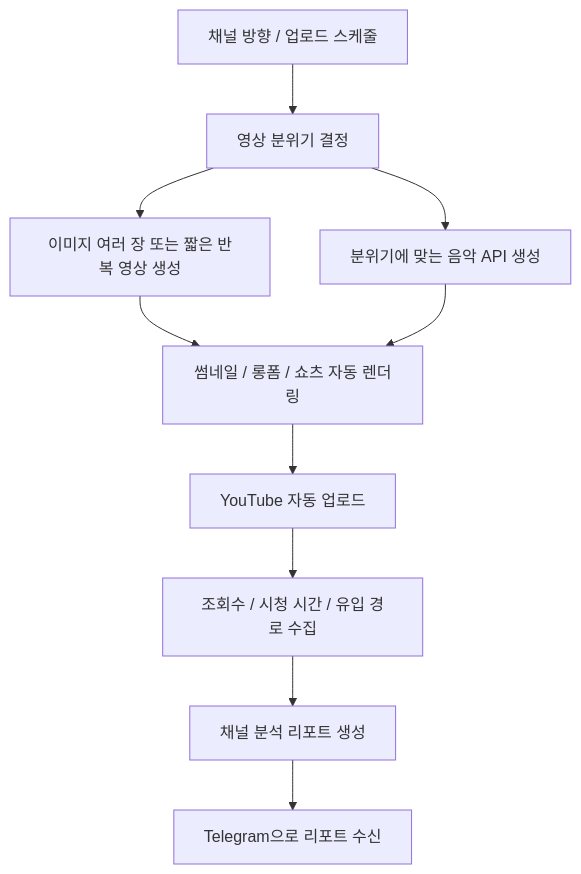
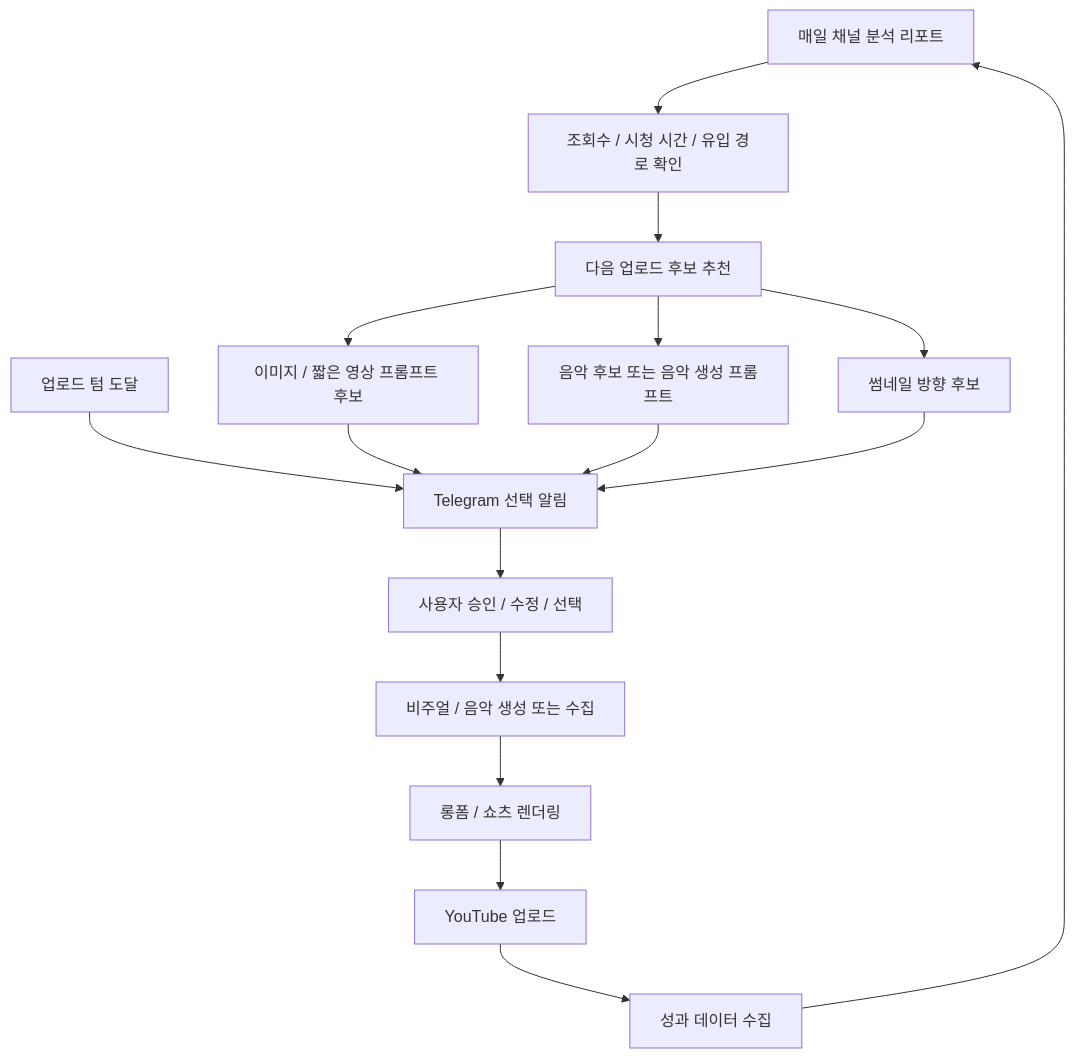
The second of 2 diagrams in docs/youtube-automation-system.md (arnold6444/reprise-project-summaries), drawn with Mermaid before and after one commit. The commit also changed other lines of this file, not shown here.

Commit message:
Revise YouTube target workflow with approval loop

````diff
--- a/docs/youtube-automation-system.md
+++ b/docs/youtube-automation-system.md
@@ -44,12 +46,18 @@
 ```mermaid
 flowchart TD
-    A["채널 방향 / 업로드 스케줄"] --> B["영상 분위기 결정"]
-    B --> C["이미지 여러 장 또는 짧은 반복 영상 생성"]
-    B --> D["분위기에 맞는 음악 API 생성"]
-    C --> E["썸네일 / 롱폼 / 쇼츠 자동 렌더링"]
-    D --> E
-    E --> F["YouTube 자동 업로드"]
-    F --> G["조회수 / 시청 시간 / 유입 경로 수집"]
-    G --> H["채널 분석 리포트 생성"]
-    H --> I["Telegram으로 리포트 수신"]
+    A["매일 채널 분석 리포트"] --> B["조회수 / 시청 시간 / 유입 경로 확인"]
+    B --> C["다음 업로드 후보 추천"]
+    C --> D["이미지 / 짧은 영상 프롬프트 후보"]
+    C --> E["음악 후보 또는 음악 생성 프롬프트"]
+    C --> F["썸네일 방향 후보"]
+    G["업로드 텀 도달"] --> H["Telegram 선택 알림"]
+    D --> H
+    E --> H
+    F --> H
+    H --> I["사용자 승인 / 수정 / 선택"]
+    I --> J["비주얼 / 음악 생성 또는 수집"]
+    J --> K["롱폼 / 쇼츠 렌더링"]
+    K --> L["YouTube 업로드"]
+    L --> M["성과 데이터 수집"]
+    M --> A
 ```
````
